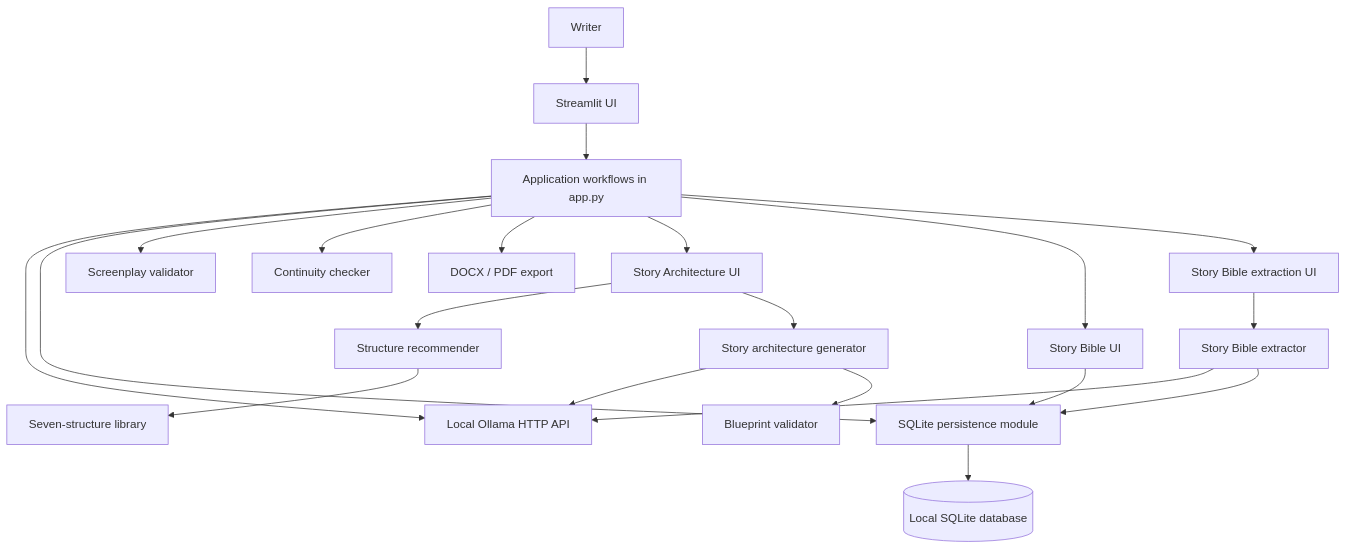
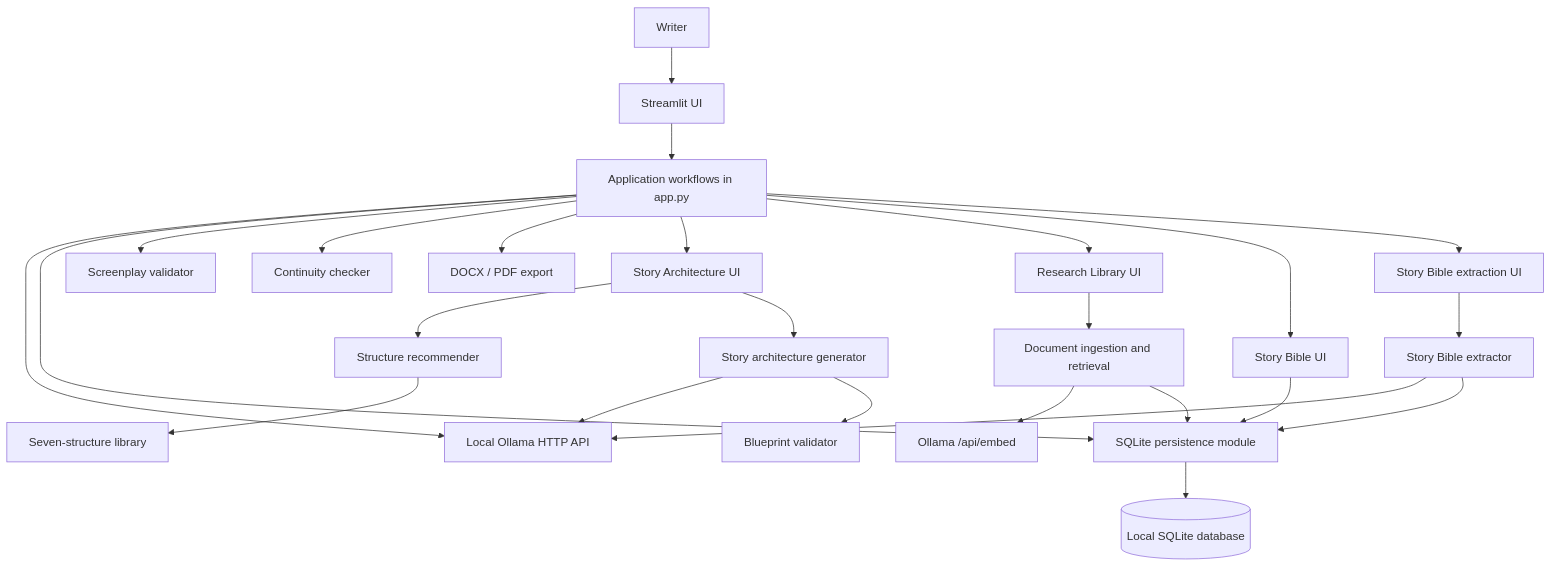
The diagram in docs/ARCHITECTURE.md (raverer/Screenwriter-Studio), drawn with Mermaid before and after one commit. The commit also changed other lines of this file, not shown here.

Commit message:
Document RAG data flow and persistence boundaries

````diff
--- a/docs/ARCHITECTURE.md
+++ b/docs/ARCHITECTURE.md
@@ -7,25 +7,29 @@
 ```mermaid
 flowchart TD
     U[Writer] --> UI[Streamlit UI]
     UI --> APP[Application workflows in app.py]
 
     APP --> OLLAMA[Local Ollama HTTP API]
     APP --> DBL[SQLite persistence module]
     APP --> VALID[Screenplay validator]
     APP --> CONT[Continuity checker]
     APP --> EXPORT[DOCX / PDF export]
     APP --> ARCHUI[Story Architecture UI]
     ARCHUI --> REC[Structure recommender]
     REC --> STRUCT[Seven-structure library]
     ARCHUI --> ARCHGEN[Story architecture generator]
     ARCHGEN --> OLLAMA
     ARCHGEN --> ARCHVALID[Blueprint validator]
+    APP --> RAGUI[Research Library UI]
+    RAGUI --> RAG[Document ingestion and retrieval]
+    RAG --> EMBED[Ollama /api/embed]
+    RAG --> DBL
 
     DBL --> DB[(Local SQLite database)]
     SBU[Story Bible UI] --> DBL
     EXUI[Story Bible extraction UI] --> EXTRACT[Story Bible extractor]
     EXTRACT --> OLLAMA
     EXTRACT --> DBL
     APP --> SBU
     APP --> EXUI
 ```
````
